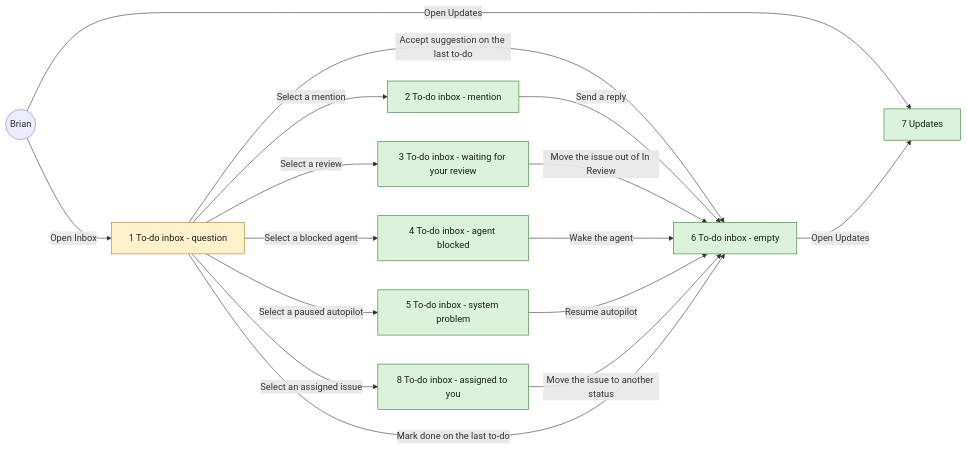
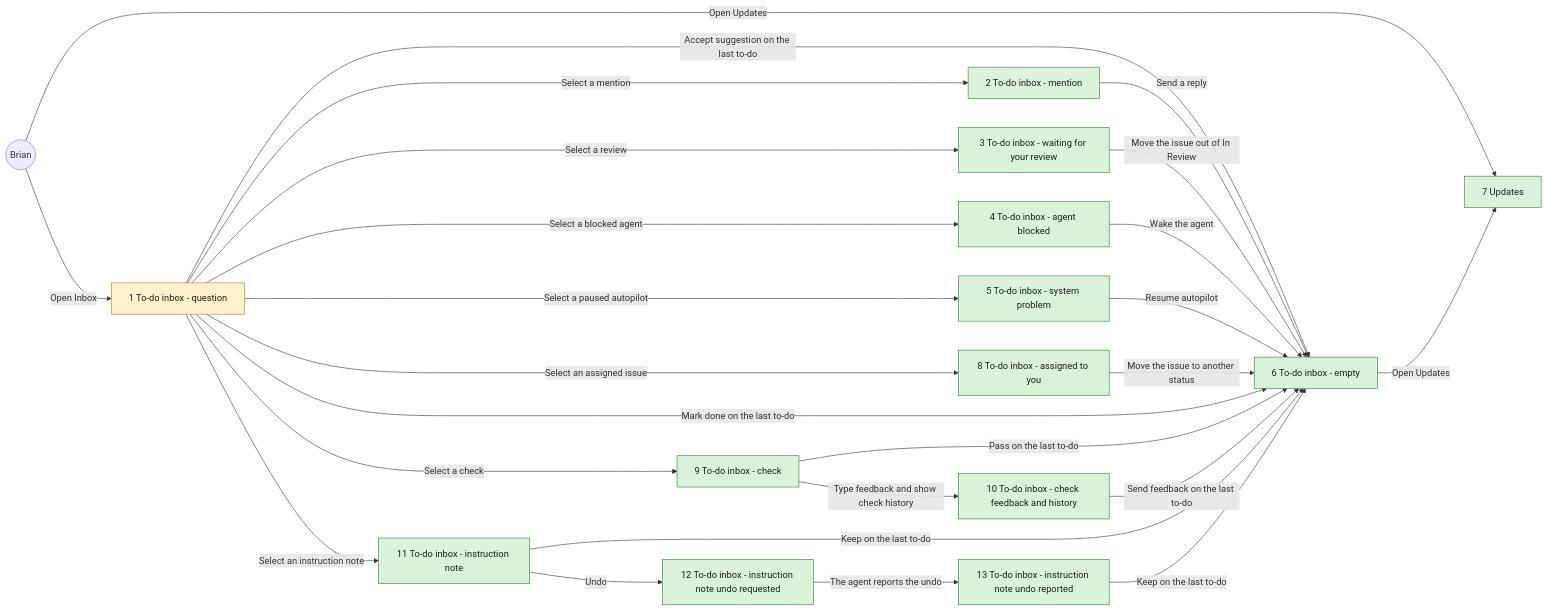
The diagram in designs/screens/todo-inbox.md (appboypov/multica), drawn with Mermaid before and after one commit. The commit also changed other lines of this file and 6 other files, not shown here.

Commit message:
design(inbox): check to-dos, project check record and instruction notes (WORK-1255)

````diff
--- a/designs/screens/todo-inbox.md
+++ b/designs/screens/todo-inbox.md
@@ -7,29 +7,43 @@
 ```mermaid
 flowchart LR
 classDef new fill:#d9f2d9,stroke:#2e7d32,color:#172117
 classDef changed fill:#fff1cc,stroke:#b7791f,color:#172117
 B((Brian))
 S1[1 To-do inbox - question]:::changed
 S2[2 To-do inbox - mention]:::new
 S3[3 To-do inbox - waiting for your review]:::new
 S4[4 To-do inbox - agent blocked]:::new
 S5[5 To-do inbox - system problem]:::new
 S6[6 To-do inbox - empty]:::new
 S7[7 Updates]:::new
 S8[8 To-do inbox - assigned to you]:::new
+S9[9 To-do inbox - check]:::new
+S10[10 To-do inbox - check feedback and history]:::new
+S11[11 To-do inbox - instruction note]:::new
+S12[12 To-do inbox - instruction note undo requested]:::new
+S13[13 To-do inbox - instruction note undo reported]:::new
 B -->|Open Inbox| S1
 B -->|Open Updates| S7
 S1 -->|Select a mention| S2
 S1 -->|Select a review| S3
 S1 -->|Select a blocked agent| S4
 S1 -->|Select a paused autopilot| S5
 S1 -->|Select an assigned issue| S8
+S1 -->|Select a check| S9
+S1 -->|Select an instruction note| S11
 S1 -->|Accept suggestion on the last to-do| S6
 S2 -->|Send a reply| S6
 S3 -->|Move the issue out of In Review| S6
 S4 -->|Wake the agent| S6
 S5 -->|Resume autopilot| S6
 S8 -->|Move the issue to another status| S6
 S1 -->|Mark done on the last to-do| S6
+S9 -->|Type feedback and show check history| S10
+S9 -->|Pass on the last to-do| S6
+S10 -->|Send feedback on the last to-do| S6
+S11 -->|Undo| S12
+S12 -->|The agent reports the undo| S13
+S11 -->|Keep on the last to-do| S6
+S13 -->|Keep on the last to-do| S6
 S6 -->|Open Updates| S7
 ```
````
